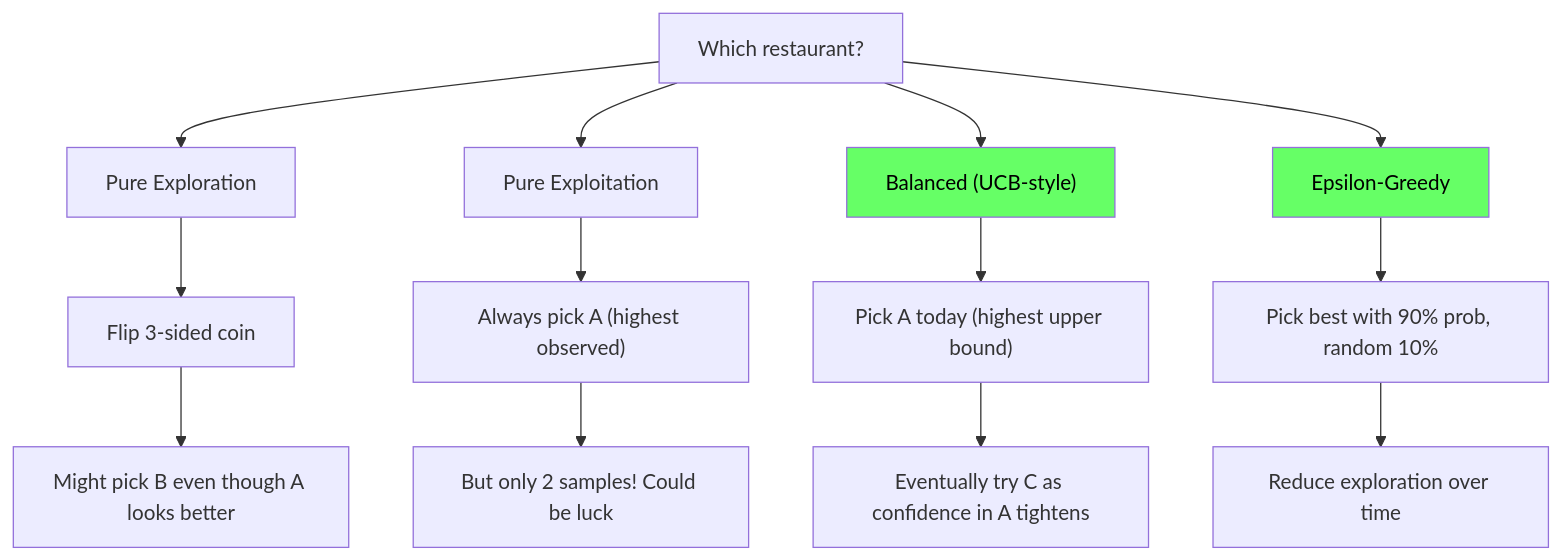
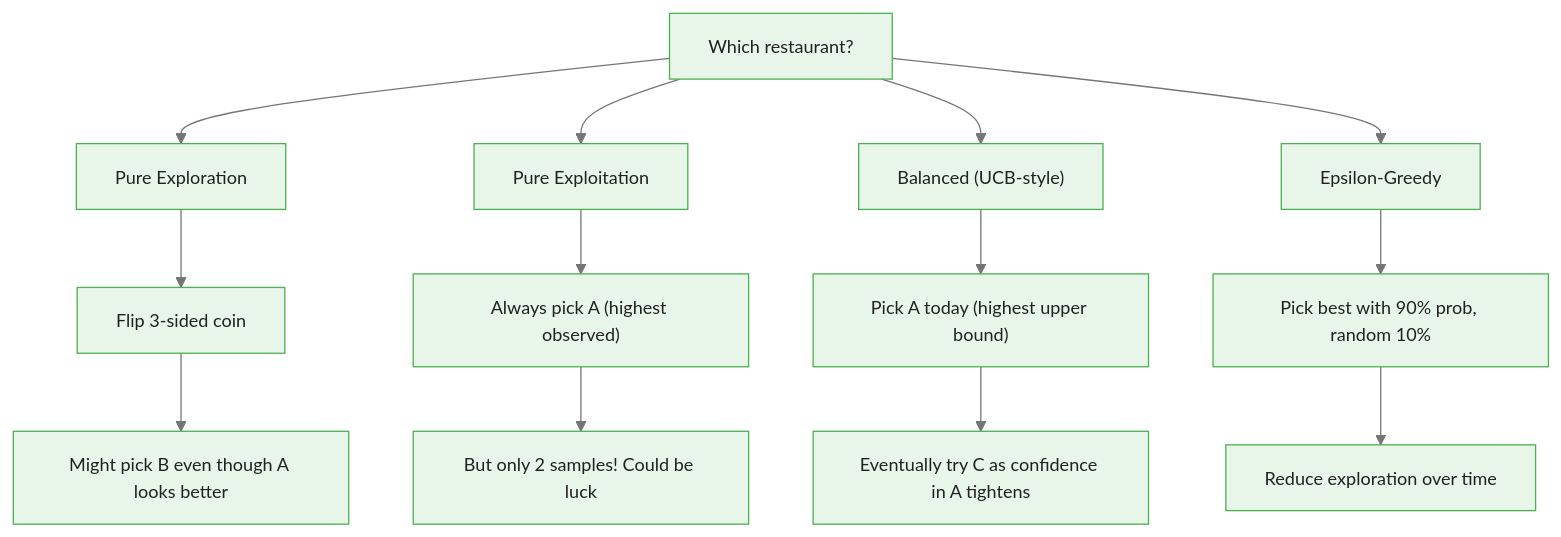
The second of 4 diagrams in courses/multi-armed-bandits-ab-testing/modules/module_00_foundations/guides/02_explore_exploit_tradeoff_slides.md (m-deane/course-creator), drawn with Mermaid before and after one commit. The commit also changed other lines of this file and 146 other files, not shown here.

````diff
--- a/courses/multi-armed-bandits-ab-testing/modules/module_00_foundations/guides/02_explore_exploit_tradeoff_slides.md
+++ b/courses/multi-armed-bandits-ab-testing/modules/module_00_foundations/guides/02_explore_exploit_tradeoff_slides.md
@@ -154,22 +179,20 @@
 ```mermaid
+%%{init: {"theme": "base", "themeVariables": {"primaryColor": "#e8f5e9", "primaryBorderColor": "#4caf50", "primaryTextColor": "#212121", "secondaryColor": "#e3f2fd", "tertiaryColor": "#fff8e1", "lineColor": "#757575", "fontFamily": "Inter, sans-serif", "fontSize": "14px"}}}%%
 flowchart TD
     Q["Which restaurant?"] --> PE["Pure Exploration"]
     Q --> PX["Pure Exploitation"]
     Q --> UCB["Balanced (UCB-style)"]
     Q --> EG["Epsilon-Greedy"]
 
     PE --> PE1["Flip 3-sided coin"]
     PE1 --> PE2["Might pick B even though A looks better"]
 
     PX --> PX1["Always pick A (highest observed)"]
     PX1 --> PX2["But only 2 samples! Could be luck"]
 
     UCB --> UCB1["Pick A today (highest upper bound)"]
     UCB1 --> UCB2["Eventually try C as confidence in A tightens"]
 
     EG --> EG1["Pick best with 90% prob, random 10%"]
     EG1 --> EG2["Reduce exploration over time"]
-
-    style UCB fill:#6f6,color:#000
-    style EG fill:#6f6,color:#000
 ```
````
